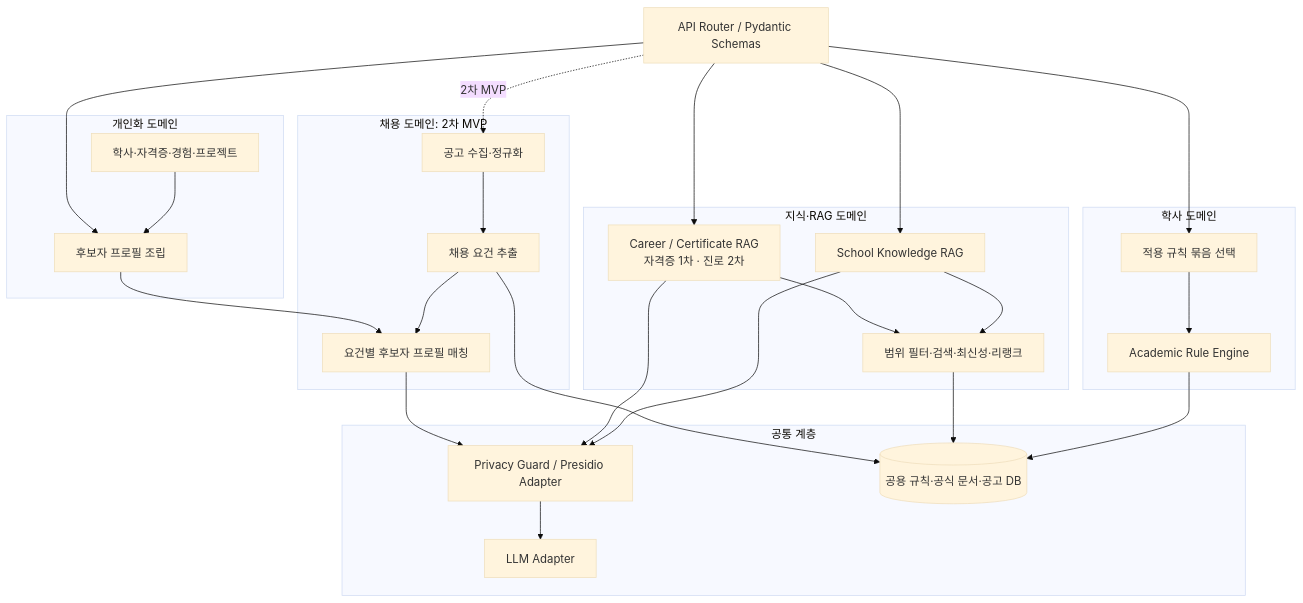
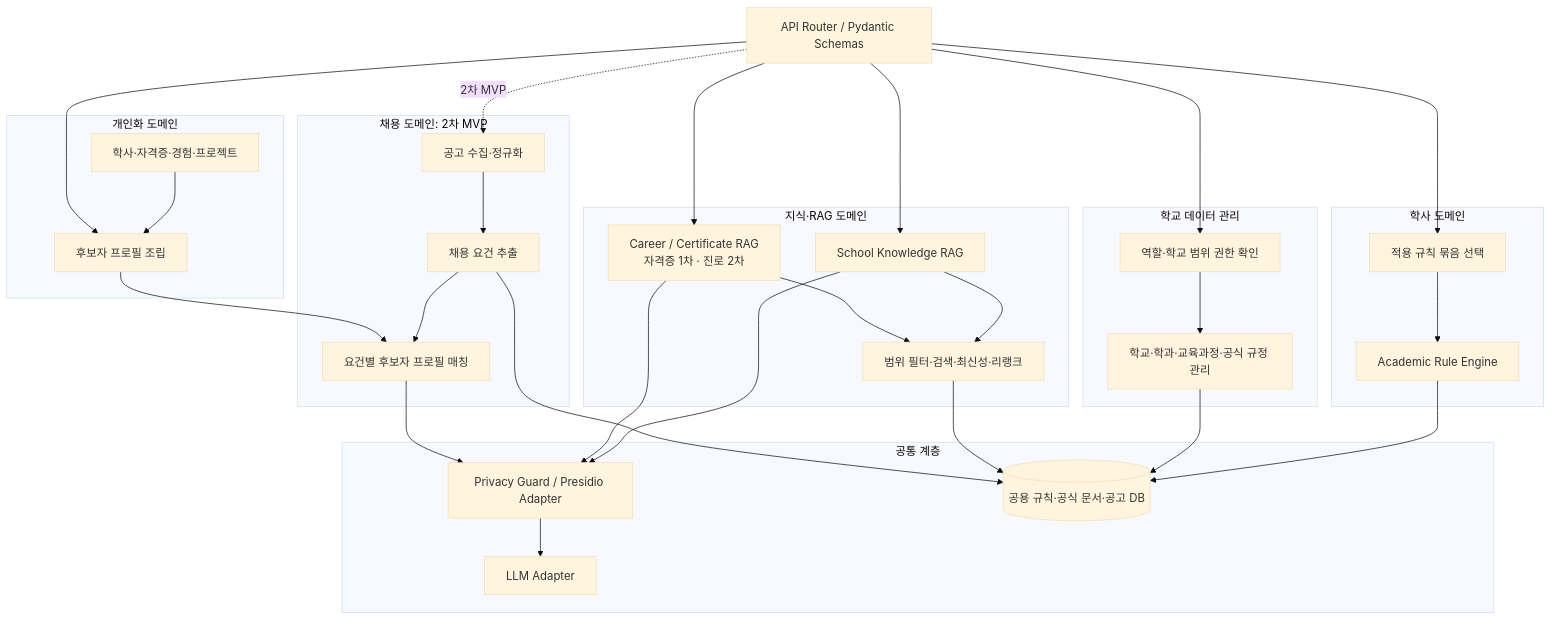
The second of 4 diagrams in docs/architecture-erd.md (product04231125/UNIPATH), drawn with Mermaid (base theme) before and after one commit. The commit also changed other lines of this file and 2 other files, not shown here.

````diff
--- a/docs/architecture-erd.md
+++ b/docs/architecture-erd.md
@@ -69,51 +72,59 @@
 ```mermaid
 flowchart TB
     API[API Router / Pydantic Schemas]
 
     subgraph Academic[학사 도메인]
         RuleSetResolver[적용 규칙 묶음 선택]
         RuleEngine[Academic Rule Engine]
         RuleSetResolver --> RuleEngine
+    end
+
+    subgraph Administration[학교 데이터 관리]
+        AccessControl[역할·학교 범위 권한 확인]
+        OfficialDataManagement[학교·학과·교육과정·공식 규정 관리]
+        AccessControl --> OfficialDataManagement
     end
 
     subgraph Knowledge[지식·RAG 도메인]
         SchoolRag[School Knowledge RAG]
         CareerRag[Career / Certificate RAG<br/>자격증 1차 · 진로 2차]
         Retrieval[범위 필터·검색·최신성·리랭크]
         SchoolRag --> Retrieval
         CareerRag --> Retrieval
     end
 
     subgraph Personalization[개인화 도메인]
         CandidateProfile[후보자 프로필 조립]
         PersonalData[학사·자격증·경험·프로젝트]
         PersonalData --> CandidateProfile
     end
 
     subgraph Employment[채용 도메인: 2차 MVP]
         PostingIngest[공고 수집·정규화]
         RequirementExtraction[채용 요건 추출]
         RequirementMatcher[요건별 후보자 프로필 매칭]
         PostingIngest --> RequirementExtraction --> RequirementMatcher
     end
 
     subgraph CrossCutting[공통 계층]
         PrivacyGuard[Privacy Guard / Presidio Adapter]
         LlmAdapter[LLM Adapter]
         PublicData[(공용 규칙·공식 문서·공고 DB)]
     end
 
     API --> RuleSetResolver
+    API --> AccessControl
     API --> SchoolRag
     API --> CareerRag
     API --> CandidateProfile
     API -. 2차 MVP .-> PostingIngest
     RuleEngine --> PublicData
+    OfficialDataManagement --> PublicData
     Retrieval --> PublicData
     RequirementExtraction --> PublicData
     CandidateProfile --> RequirementMatcher
     SchoolRag --> PrivacyGuard
     CareerRag --> PrivacyGuard
     RequirementMatcher --> PrivacyGuard
     PrivacyGuard --> LlmAdapter
 ```
````
